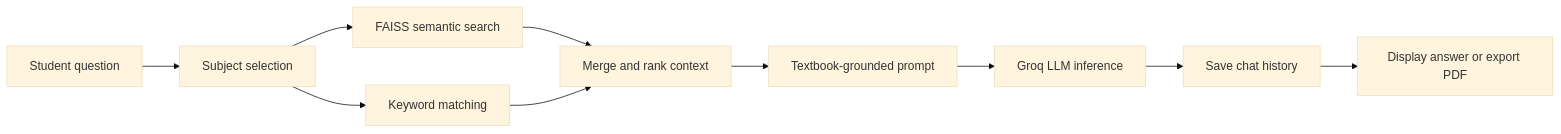
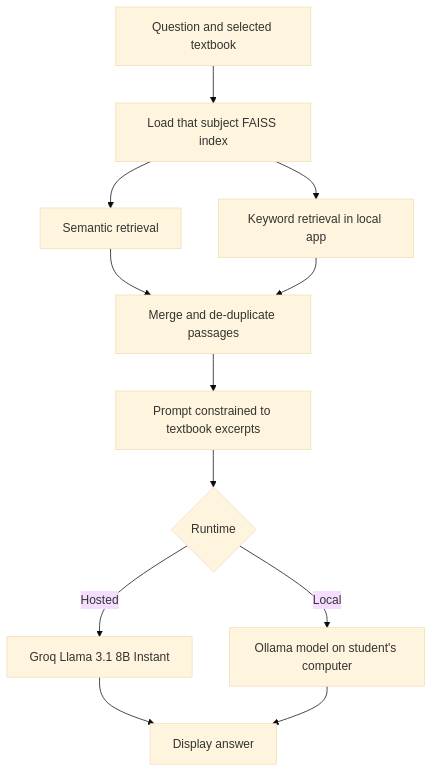
One commit to adnanmiacse-coder/AmplifyWebsite changed the fourth of 5 diagrams in README.md. Above: the diagram before and after it, drawn with Mermaid (base theme). The commit also changed other lines of this file and 4 other files, not shown here.

````diff
--- a/README.md
+++ b/README.md
@@ -644,12 +651,14 @@
 ```mermaid
-flowchart LR
-   Q[Student question] --> S[Subject selection]
-   S --> R1[FAISS semantic search]
-   S --> R2[Keyword matching]
-   R1 --> M[Merge and rank context]
-   R2 --> M
-   M --> C[Textbook-grounded prompt]
-   C --> G[Groq LLM inference]
-   G --> H[Save chat history]
-   H --> A[Display answer or export PDF]
+flowchart TD
+    Q[Question and selected textbook] --> I[Load that subject FAISS index]
+    I --> S[Semantic retrieval]
+    I --> K[Keyword retrieval in local app]
+    S --> M[Merge and de-duplicate passages]
+    K --> M
+    M --> P[Prompt constrained to textbook excerpts]
+    P --> R{Runtime}
+    R -->|Hosted| G[Groq Llama 3.1 8B Instant]
+    R -->|Local| O[Ollama model on student's computer]
+    G --> A[Display answer]
+    O --> A
 ```
````
